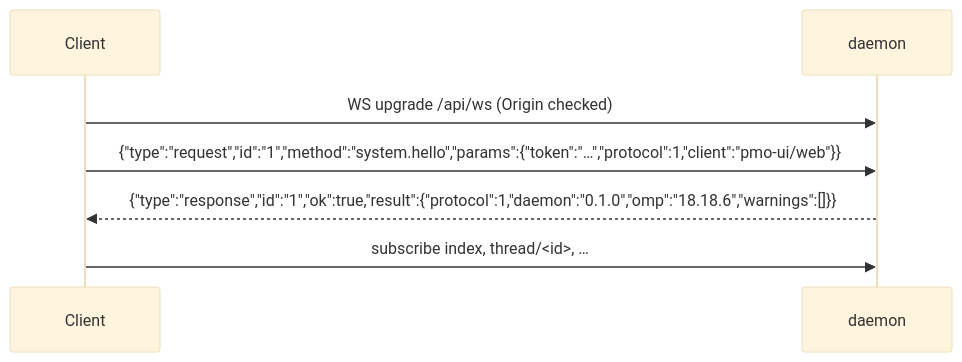
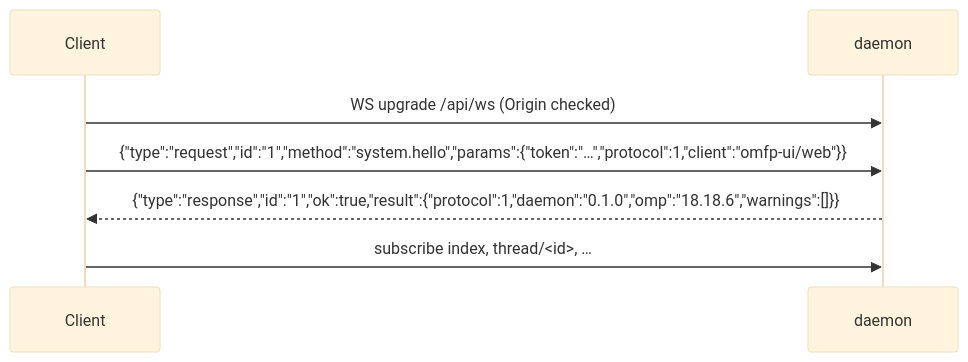
The diagram in docs/specs/03-protocol.md (TonioGela/omfp), drawn with Mermaid (base theme) before and after one commit. The commit also changed other lines of this file and 260 other files, not shown here.

````diff
--- a/docs/specs/03-protocol.md
+++ b/docs/specs/03-protocol.md
@@ -8,9 +8,9 @@
 ```mermaid
 sequenceDiagram
   participant C as Client
   participant D as daemon
   C->>D: WS upgrade /api/ws (Origin checked)
-  C->>D: {"type":"request","id":"1","method":"system.hello","params":{"token":"…","protocol":1,"client":"pmo-ui/web"}}
+  C->>D: {"type":"request","id":"1","method":"system.hello","params":{"token":"…","protocol":1,"client":"omfp-ui/web"}}
   D-->>C: {"type":"response","id":"1","ok":true,"result":{"protocol":1,"daemon":"0.1.0","omp":"18.18.6","warnings":[]}}
   C->>D: subscribe index, thread/<id>, …
 ```
````
